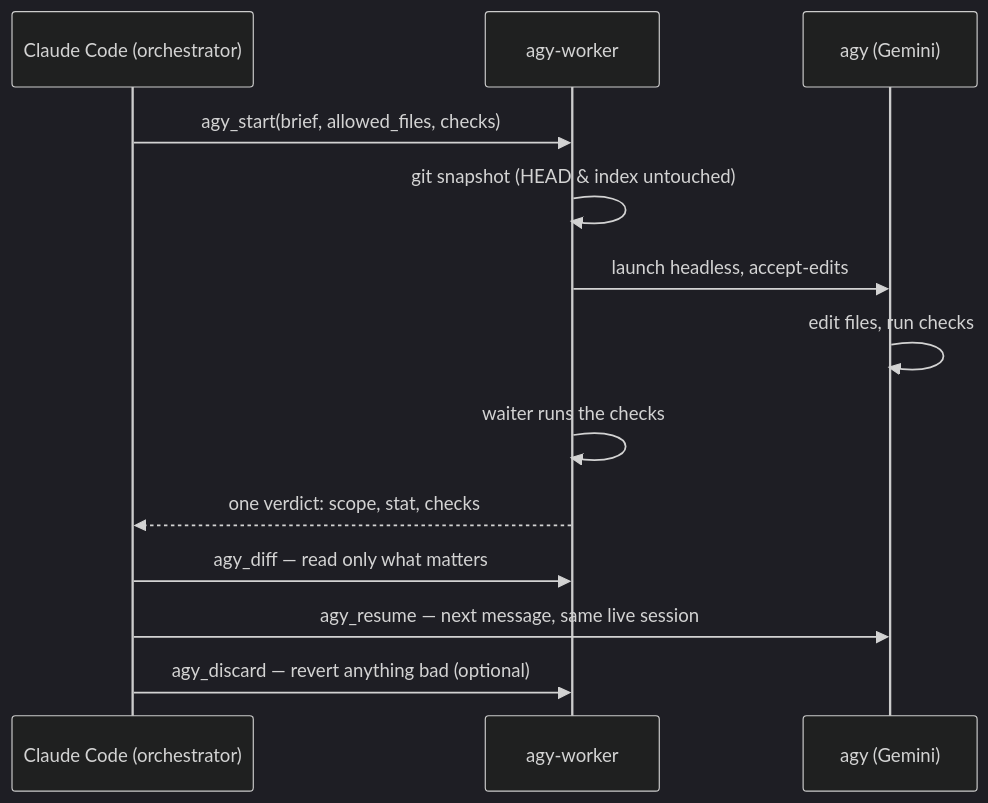
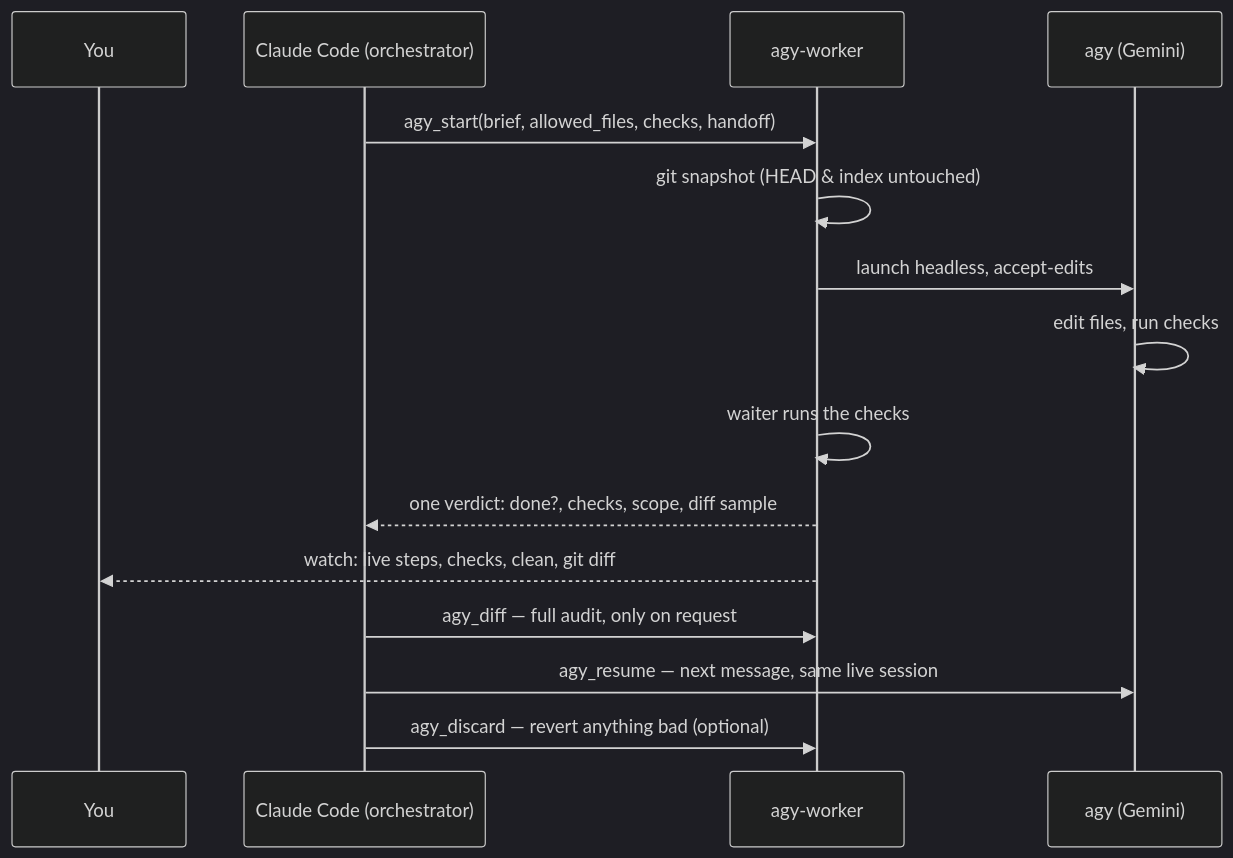
One commit to Pranavraut033/claude-code-agy-worker changed the diagram in README.md. Above: the diagram before and after it, drawn with Mermaid (dark theme). The commit also changed other lines of this file and 6 other files, not shown here.

First line of the commit message:
v0.5.0: opt-in agy, hand-off mode with a light audit

````diff
--- a/README.md
+++ b/README.md
@@ -19,15 +21,17 @@
 ```mermaid
 sequenceDiagram
+    participant You
     participant Claude as Claude Code (orchestrator)
     participant W as agy-worker
     participant A as agy (Gemini)
-    Claude->>W: agy_start(brief, allowed_files, checks)
+    Claude->>W: agy_start(brief, allowed_files, checks, handoff)
     W->>W: git snapshot (HEAD & index untouched)
     W->>A: launch headless, accept-edits
     A->>A: edit files, run checks
     W->>W: waiter runs the checks
-    W-->>Claude: one verdict: scope, stat, checks
-    Claude->>W: agy_diff — read only what matters
+    W-->>Claude: one verdict: done?, checks, scope, diff sample
+    W-->>You: watch: live steps, checks, clean, git diff
+    Claude->>W: agy_diff — full audit, only on request
     Claude->>A: agy_resume — next message, same live session
     Claude->>W: agy_discard — revert anything bad (optional)
 ```
````
